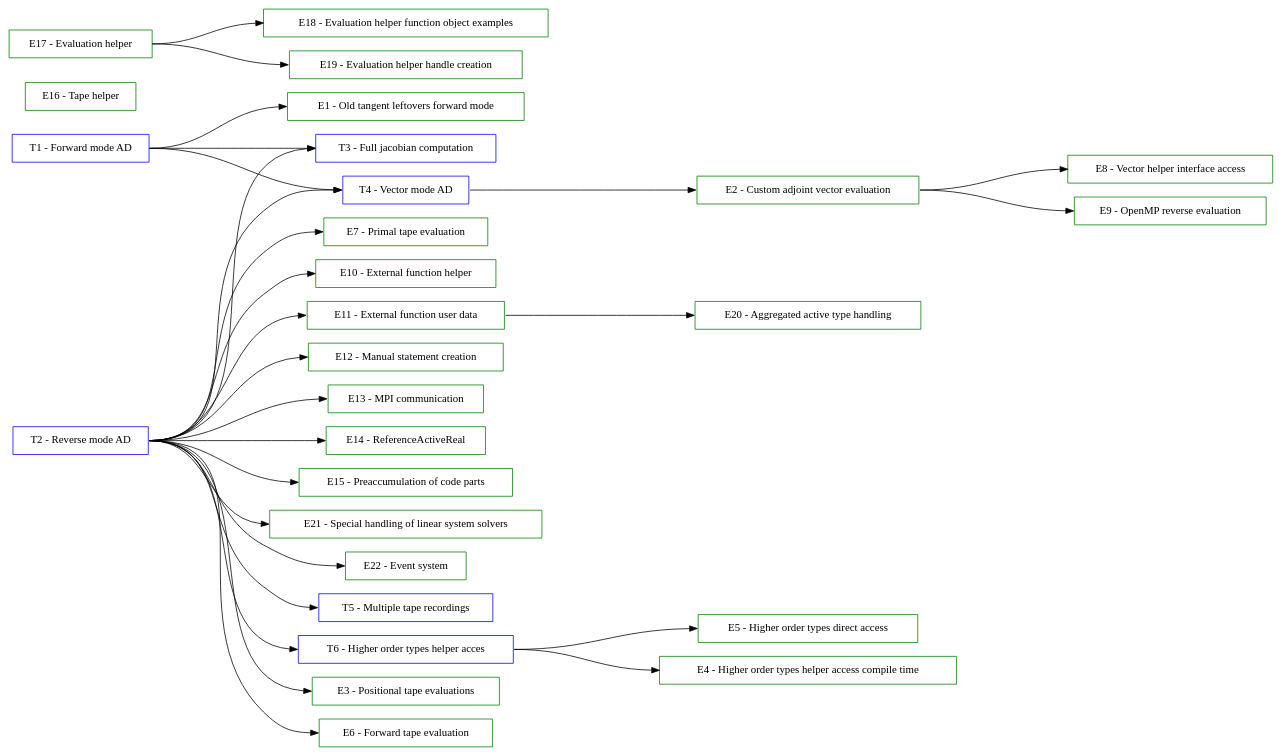
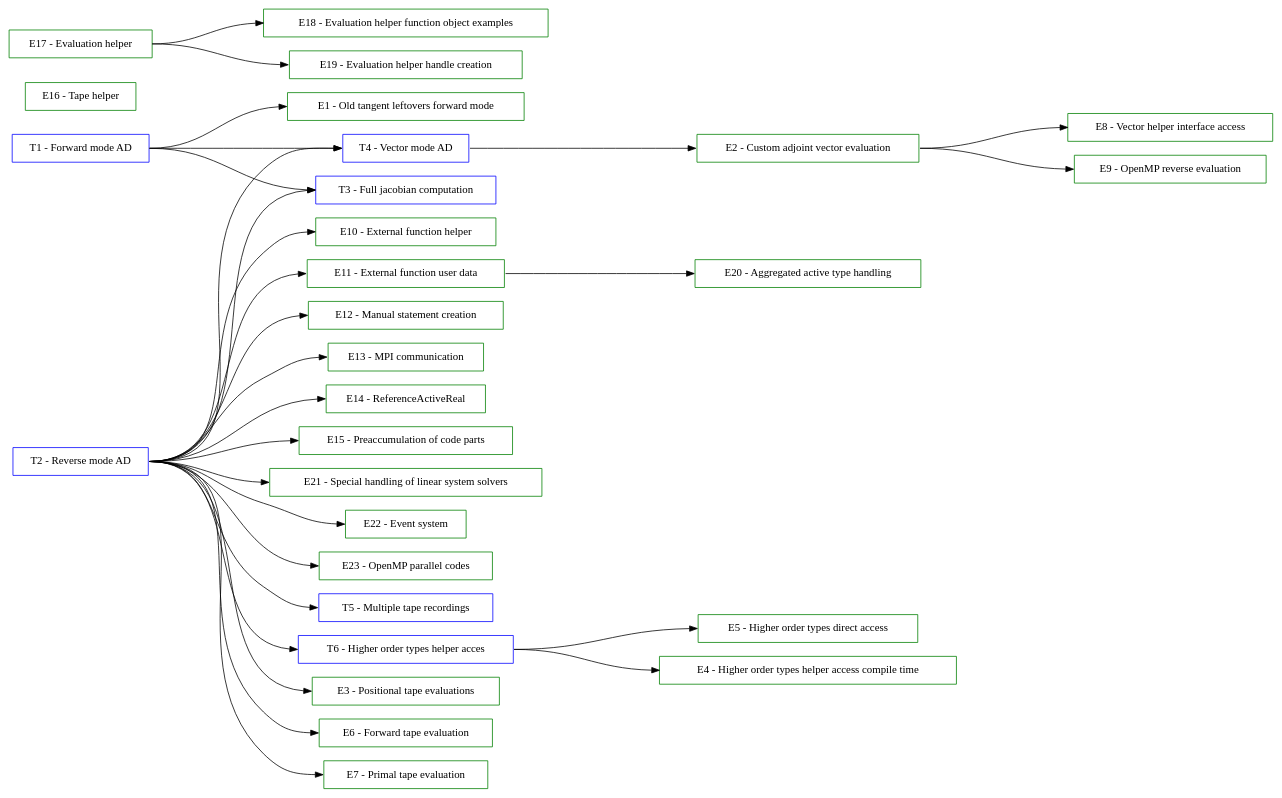
One commit to SciCompKL/CoDiPack changed the diagram in documentation/user/TutorialsGraph.dot. Above: the diagram before and after it, drawn with Graphviz. The commit also changed 6 other files, not shown here.

```diff
--- a/documentation/user/TutorialsGraph.dot
+++ b/documentation/user/TutorialsGraph.dot
@@ -1,92 +1,95 @@
 digraph Tutorials {
   rankdir=LR;
   ranksep=2;
 
   // Tutorial nodes
   node [shape=box color=blue];
   T01 [label="T1 - Forward mode AD"];
 
   T02 [label="T2 - Reverse mode AD"];
 
   T03 [label="T3 - Full jacobian computation"];
 
   T04 [label="T4 - Vector mode AD"];
 
   T05 [label="T5 - Multiple tape recordings"];
 
   T06 [label="T6 - Higher order types helper acces"];
 
   // Example nodes
   node [shape=box color=green];
   E01 [label="E1 - Old tangent leftovers forward mode"];
 
   E02 [label="E2 - Custom adjoint vector evaluation"];
 
   E03 [label="E3 - Positional tape evaluations"];
 
   E04 [label="E4 - Higher order types helper access compile time"];
 
   E05 [label="E5 - Higher order types direct access"];
 
   E06 [label="E6 - Forward tape evaluation"];
 
   E07 [label="E7 - Primal tape evaluation"];
 
   E08 [label="E8 - Vector helper interface access"];
 
   E09 [label="E9 - OpenMP reverse evaluation"];
 
   E10 [label="E10 - External function helper"];
 
   E11 [label="E11 - External function user data"];
 
   E12 [label="E12 - Manual statement creation"];
 
   E13 [label="E13 - MPI communication"];
 
   E14 [label="E14 - ReferenceActiveReal"];
 
   E15 [label="E15 - Preaccumulation of code parts"];
 
   E16 [label="E16 - Tape helper"];
 
   E17 [label="E17 - Evaluation helper"];
 
   E18 [label="E18 - Evaluation helper function object examples"];
 
   E19 [label="E19 - Evaluation helper handle creation"];
 
   E20 [label="E20 - Aggregated active type handling"];
 
   E21 [label="E21 - Special handling of linear system solvers"];
 
   E22 [label="E22 - Event system"];
 
+  E23 [label="E23 - OpenMP parallel codes"];
+
   // Edges (sorted)
   E02:e -> E08:w;
   E02:e -> E09:w;
   E11:e -> E20:w;
   E17:e -> E18:w;
   E17:e -> E19:w;
   T01:e -> E01:w;
   T01:e -> T03:w;
   T01:e -> T04:w;
   T02:e -> E03:w;
   T02:e -> E06:w;
   T02:e -> E07:w;
   T02:e -> E10:w;
   T02:e -> E11:w;
   T02:e -> E12:w;
   T02:e -> E13:w;
   T02:e -> E14:w;
   T02:e -> E15:w;
   T02:e -> T03:w;
   T02:e -> T04:w;
   T02:e -> T05:w;
   T02:e -> T06:w;
   T02:e -> E21:w;
   T02:e -> E22:w;
+  T02:e -> E23:w;
   T04:e -> E02:w;
   T06:e -> E04:w;
   T06:e -> E05:w;
 }
```
